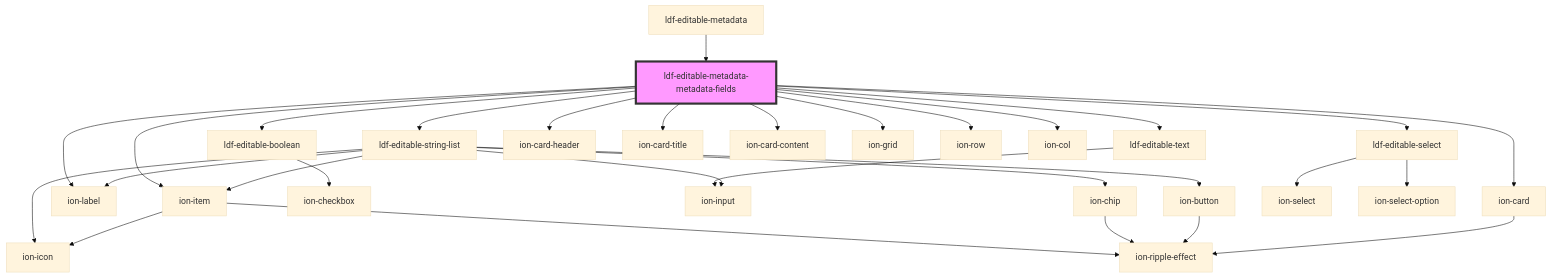
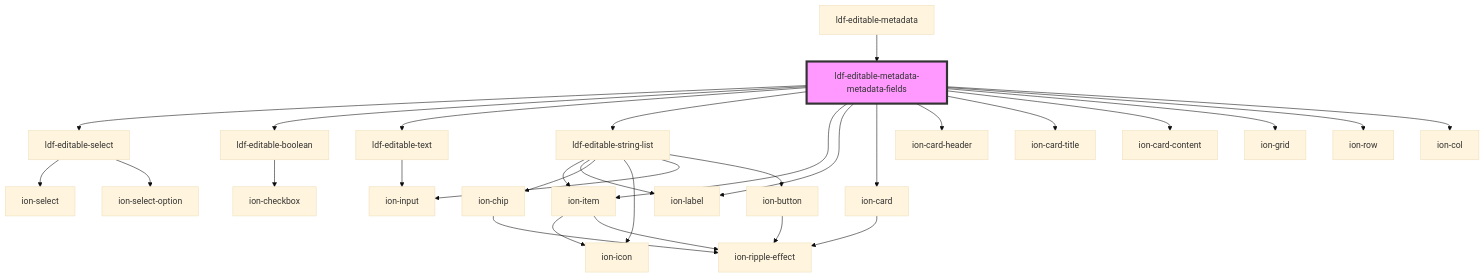
The diagram in components/src/components/editable-metadata-metadata-fields/readme.md (gbj/venite), drawn with Mermaid (base theme) before and after one commit. The commit also changed other lines of this file and 3 other files, not shown here.

````diff
--- a/components/src/components/editable-metadata-metadata-fields/readme.md
+++ b/components/src/components/editable-metadata-metadata-fields/readme.md
@@ -46,33 +61,33 @@
 ```mermaid
 graph TD;
+  ldf-editable-metadata-metadata-fields --> ldf-editable-select
   ldf-editable-metadata-metadata-fields --> ldf-editable-boolean
   ldf-editable-metadata-metadata-fields --> ldf-editable-text
   ldf-editable-metadata-metadata-fields --> ldf-editable-string-list
-  ldf-editable-metadata-metadata-fields --> ldf-editable-select
   ldf-editable-metadata-metadata-fields --> ion-item
   ldf-editable-metadata-metadata-fields --> ion-label
   ldf-editable-metadata-metadata-fields --> ion-card
   ldf-editable-metadata-metadata-fields --> ion-card-header
   ldf-editable-metadata-metadata-fields --> ion-card-title
   ldf-editable-metadata-metadata-fields --> ion-card-content
   ldf-editable-metadata-metadata-fields --> ion-grid
   ldf-editable-metadata-metadata-fields --> ion-row
   ldf-editable-metadata-metadata-fields --> ion-col
+  ldf-editable-select --> ion-select
+  ldf-editable-select --> ion-select-option
   ldf-editable-boolean --> ion-checkbox
   ldf-editable-text --> ion-input
   ldf-editable-string-list --> ion-item
   ldf-editable-string-list --> ion-label
   ldf-editable-string-list --> ion-chip
   ldf-editable-string-list --> ion-icon
   ldf-editable-string-list --> ion-input
   ldf-editable-string-list --> ion-button
   ion-item --> ion-icon
   ion-item --> ion-ripple-effect
   ion-chip --> ion-ripple-effect
   ion-button --> ion-ripple-effect
-  ldf-editable-select --> ion-select
-  ldf-editable-select --> ion-select-option
   ion-card --> ion-ripple-effect
   ldf-editable-metadata --> ldf-editable-metadata-metadata-fields
   style ldf-editable-metadata-metadata-fields fill:#f9f,stroke:#333,stroke-width:4px
 ```
````
